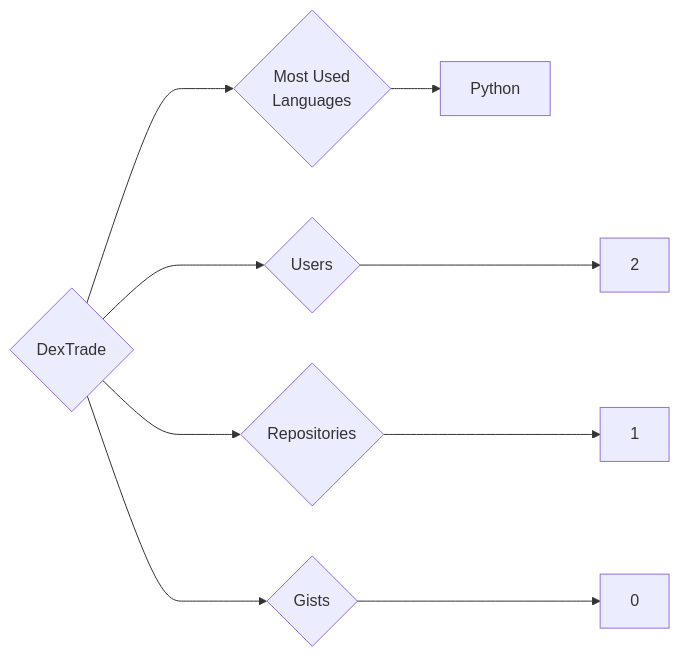
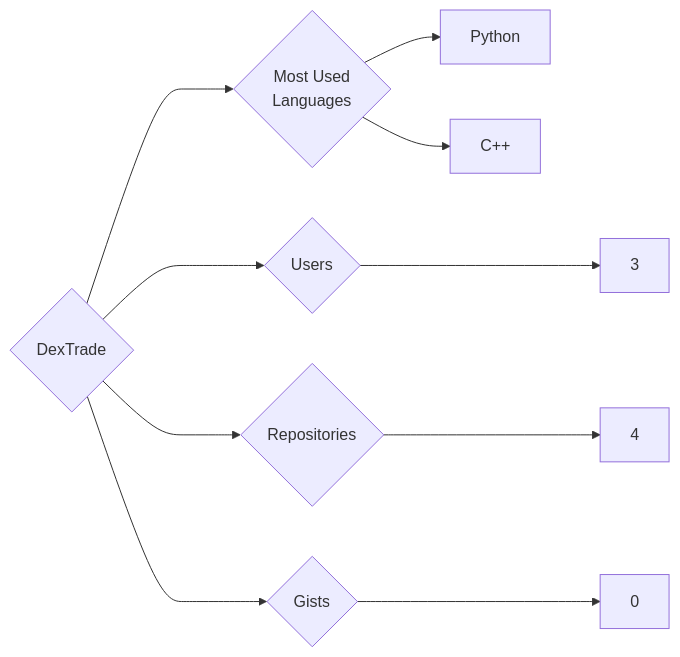
Before and after one commit to trickest/insiders: the diagram in targets/DexTrade/README.md, drawn with Mermaid. The commit also changed 1149 other files, not shown here.

````diff
--- a/targets/DexTrade/README.md
+++ b/targets/DexTrade/README.md
@@ -3,9 +3,10 @@
 ```mermaid
 graph LR
 COMPANY_NAME{DexTrade}
-COMPANY_NAME ---> U{Users} ---> UN[2]
-COMPANY_NAME ---> R{Repositories} ---> RN[1]
+COMPANY_NAME ---> U{Users} ---> UN[3]
+COMPANY_NAME ---> R{Repositories} ---> RN[4]
 COMPANY_NAME ---> G{Gists} ---> GN[0]
 COMPANY_NAME ---> ML{Most Used<br>Languages}
 ML --> Python[Python]
+ML --> C++[C++]
 ```
````
